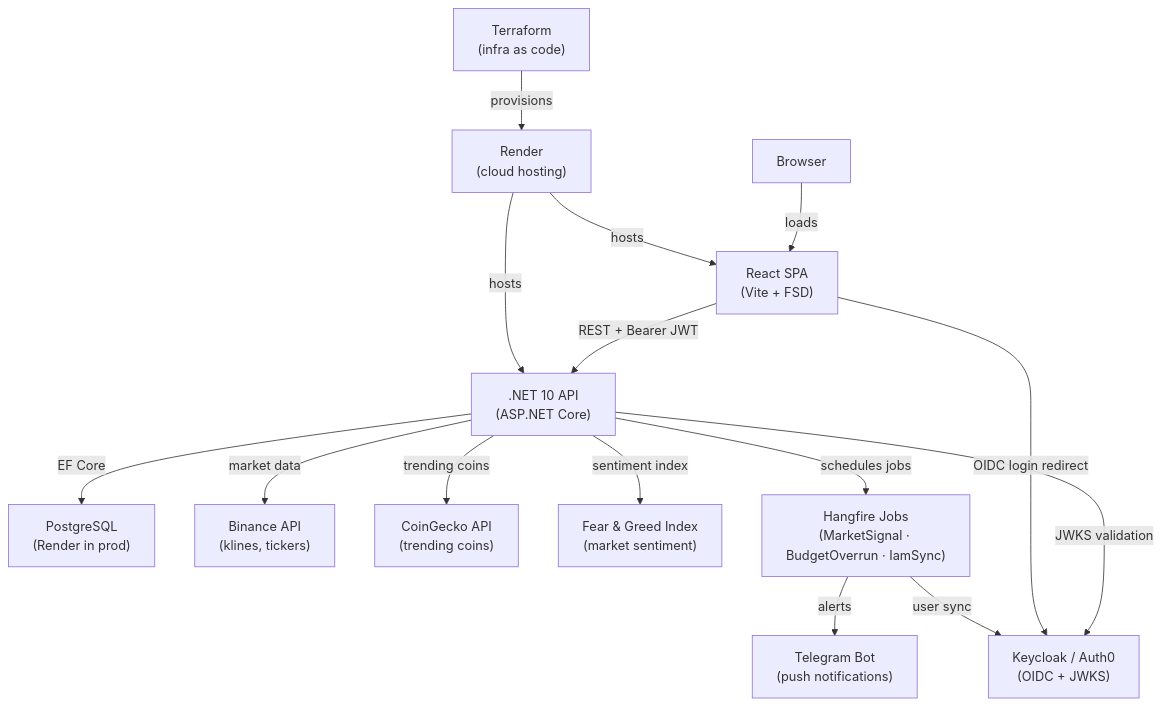
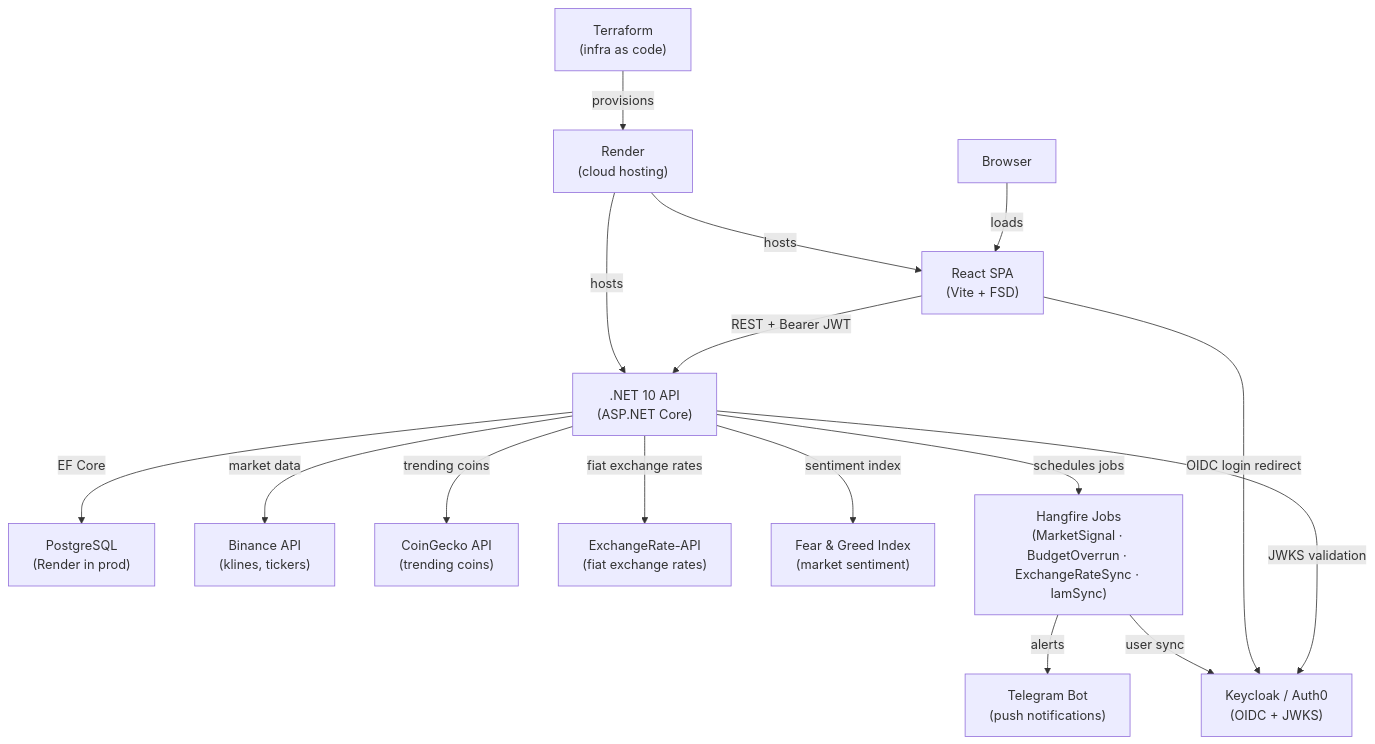
The diagram in docs/architecture/overview.md (KhanhHungVo/FinTrackPro), drawn with Mermaid before and after one commit. The commit also changed other lines of this file and 6 other files, not shown here.

First line of the commit message:
docs: document multi-currency and ExchangeRate-API config

````diff
--- a/docs/architecture/overview.md
+++ b/docs/architecture/overview.md
@@ -19,30 +19,32 @@
 ```mermaid
 graph TD
     Browser["Browser"]
     SPA["React SPA\n(Vite + FSD)"]
     API[".NET 10 API\n(ASP.NET Core)"]
     DB["PostgreSQL\n(Render in prod)"]
     IAM["Keycloak / Auth0\n(OIDC + JWKS)"]
     Binance["Binance API\n(klines, tickers)"]
     CoinGecko["CoinGecko API\n(trending coins)"]
+    ExchangeRateApi["ExchangeRate-API\n(fiat exchange rates)"]
     FearGreed["Fear & Greed Index\n(market sentiment)"]
     Telegram["Telegram Bot\n(push notifications)"]
-    Hangfire["Hangfire Jobs\n(MarketSignal · BudgetOverrun · IamSync)"]
+    Hangfire["Hangfire Jobs\n(MarketSignal · BudgetOverrun · ExchangeRateSync · IamSync)"]
     Render["Render\n(cloud hosting)"]
     Terraform["Terraform\n(infra as code)"]
 
     Browser -->|loads| SPA
     SPA -->|"REST + Bearer JWT"| API
     API -->|EF Core| DB
     API -->|"JWKS validation"| IAM
     SPA -->|"OIDC login redirect"| IAM
     API -->|market data| Binance
     API -->|trending coins| CoinGecko
+    API -->|fiat exchange rates| ExchangeRateApi
     API -->|sentiment index| FearGreed
     Hangfire -->|alerts| Telegram
     Hangfire -->|user sync| IAM
     API -->|schedules jobs| Hangfire
     Terraform -->|provisions| Render
     Render -->|hosts| API
     Render -->|hosts| SPA
 ```
````
